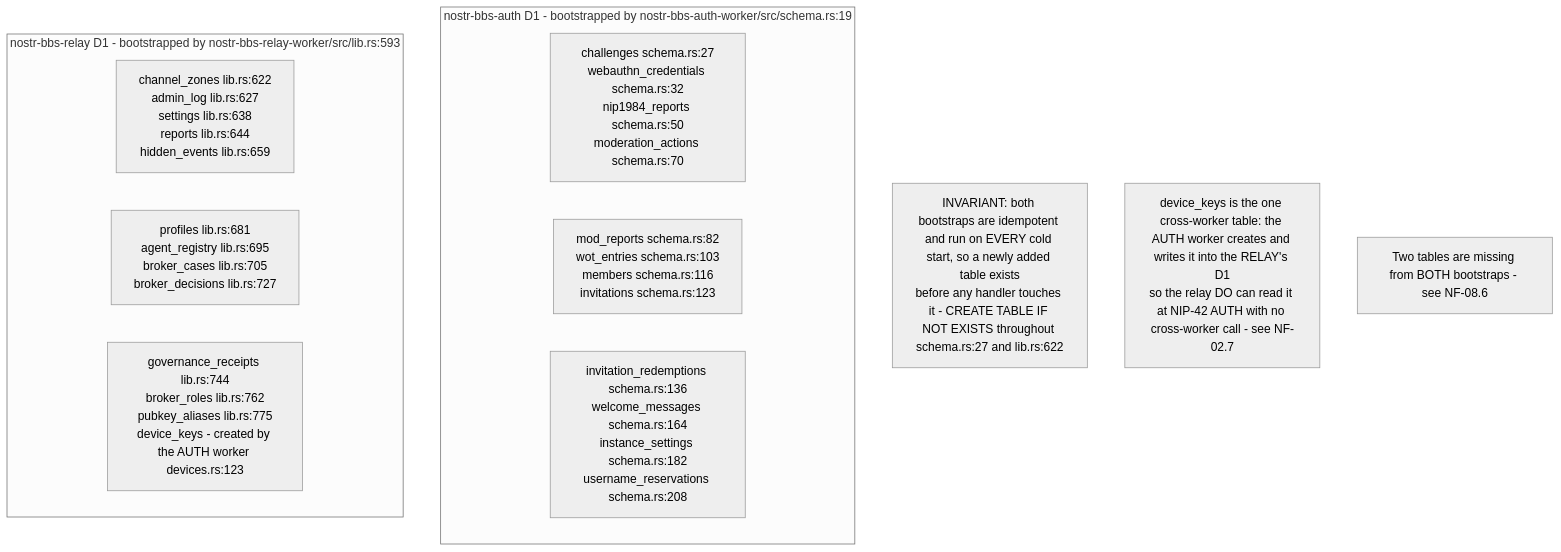
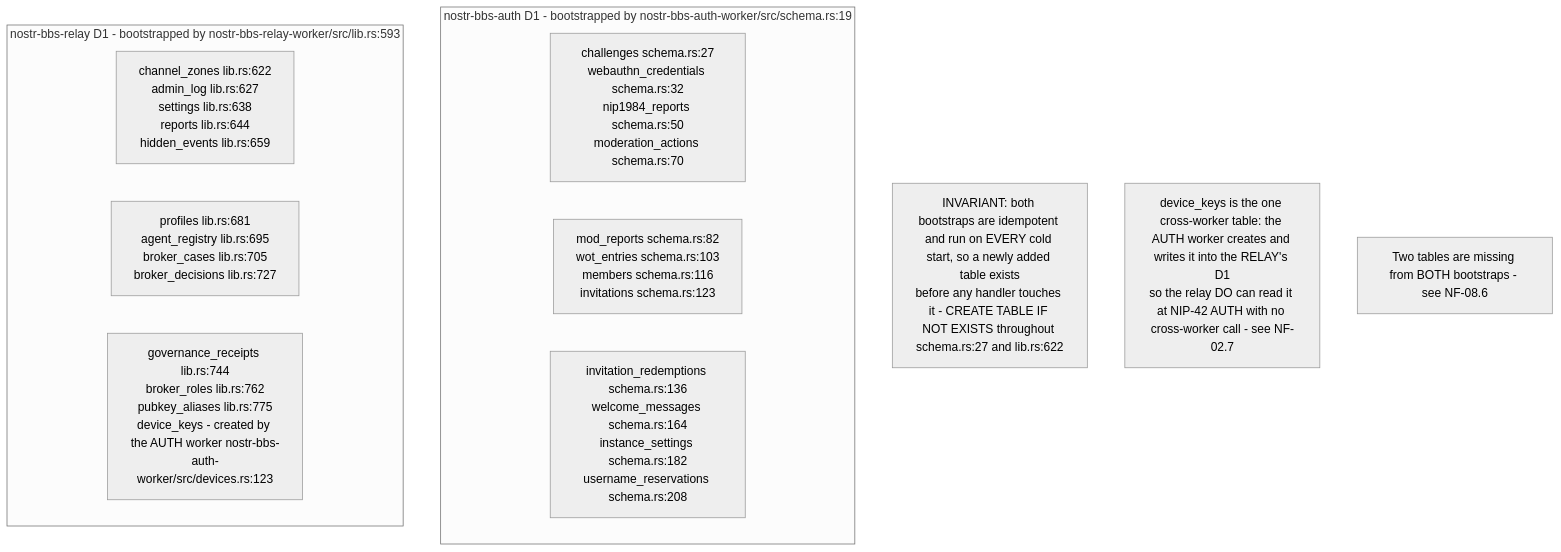
One commit to DreamLab-AI/VisionFlow changed the fifth of 8 diagrams in docs/diagrams/nostr-rust-forum/08-config-zones-stores-and-admin-authority.md. Above: the diagram before and after it, drawn with Mermaid (neutral theme). The commit also changed other lines of this file and 185 other files, not shown here.

Commit message:
docs(estate): reconcile diagrams and ADRs with source and define closeout sprint

````diff
--- a/docs/diagrams/nostr-rust-forum/08-config-zones-stores-and-admin-authority.md
+++ b/docs/diagrams/nostr-rust-forum/08-config-zones-stores-and-admin-authority.md
@@ -150,17 +152,17 @@
 ```mermaid
 flowchart TB
     subgraph authd1["nostr-bbs-auth D1 - bootstrapped by nostr-bbs-auth-worker/src/schema.rs:19"]
         A1["challenges schema.rs:27<br/>webauthn_credentials schema.rs:32<br/>nip1984_reports schema.rs:50<br/>moderation_actions schema.rs:70"]
         A2["mod_reports schema.rs:82<br/>wot_entries schema.rs:103<br/>members schema.rs:116<br/>invitations schema.rs:123"]
         A3["invitation_redemptions schema.rs:136<br/>welcome_messages schema.rs:164<br/>instance_settings schema.rs:182<br/>username_reservations schema.rs:208"]
     end
     subgraph relayd1["nostr-bbs-relay D1 - bootstrapped by nostr-bbs-relay-worker/src/lib.rs:593"]
         R1["channel_zones lib.rs:622<br/>admin_log lib.rs:627<br/>settings lib.rs:638<br/>reports lib.rs:644<br/>hidden_events lib.rs:659"]
         R2["profiles lib.rs:681<br/>agent_registry lib.rs:695<br/>broker_cases lib.rs:705<br/>broker_decisions lib.rs:727"]
-        R3["governance_receipts lib.rs:744<br/>broker_roles lib.rs:762<br/>pubkey_aliases lib.rs:775<br/>device_keys - created by the AUTH worker devices.rs:123"]
+        R3["governance_receipts lib.rs:744<br/>broker_roles lib.rs:762<br/>pubkey_aliases lib.rs:775<br/>device_keys - created by the AUTH worker nostr-bbs-auth-worker/src/devices.rs:123"]
     end
 
     N1["INVARIANT: both bootstraps are idempotent and run on EVERY cold start, so a newly added table exists<br/>before any handler touches it - CREATE TABLE IF NOT EXISTS throughout schema.rs:27 and lib.rs:622"]
     N2["device_keys is the one cross-worker table: the AUTH worker creates and writes it into the RELAY's D1<br/>so the relay DO can read it at NIP-42 AUTH with no cross-worker call - see NF-02.7"]
     N3["Two tables are missing from BOTH bootstraps - see NF-08.6"]
 ```
````
